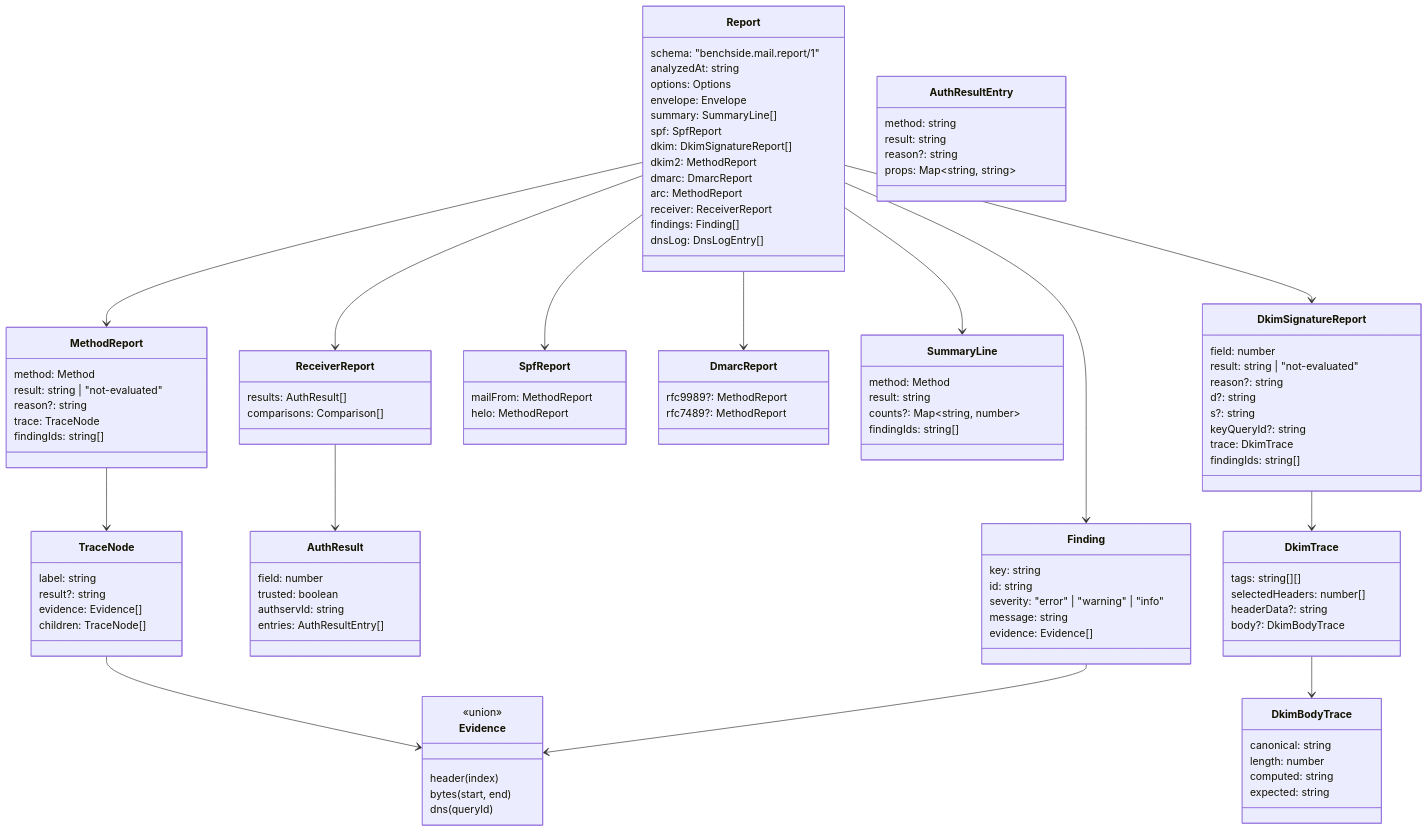
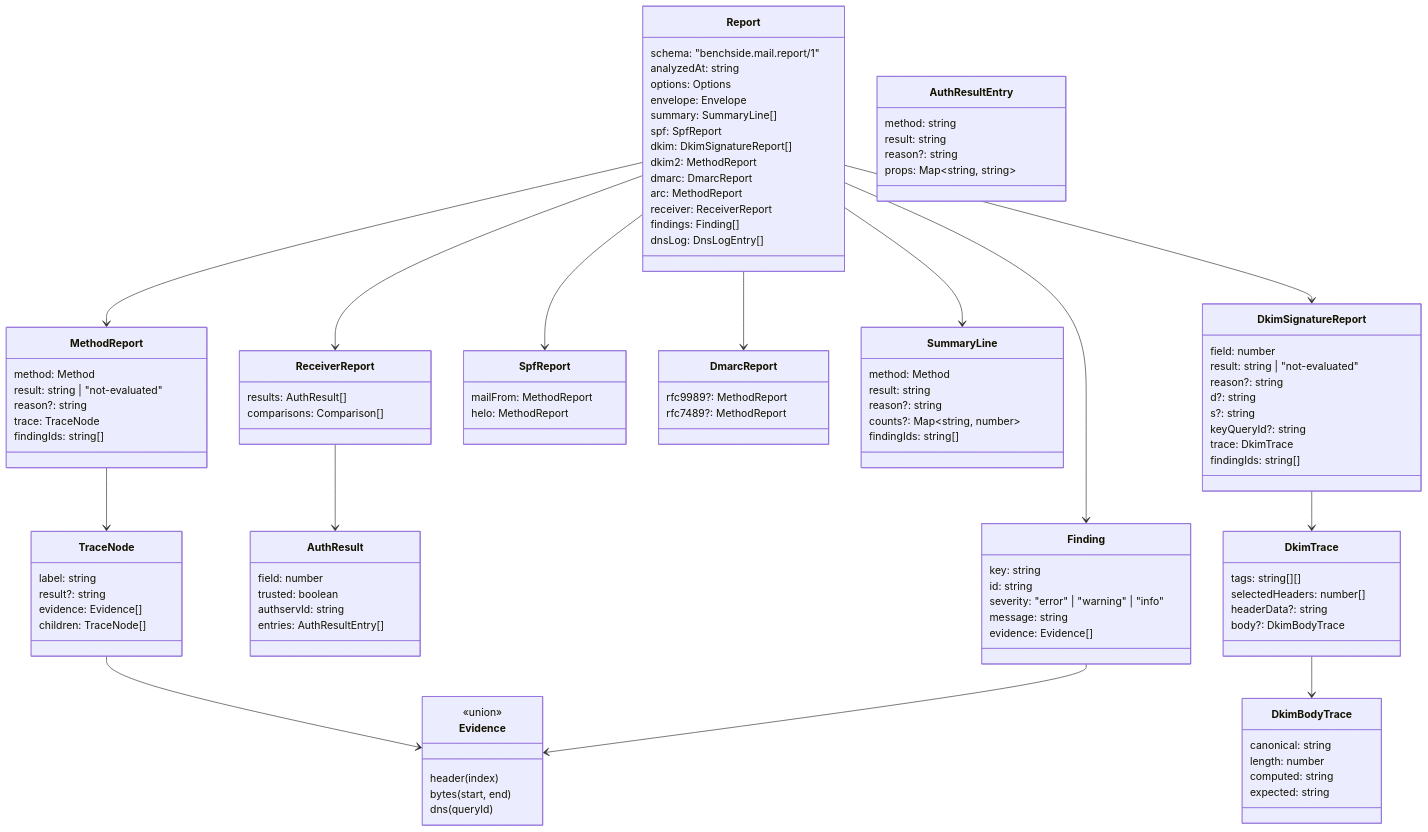
Before and after one commit to photom/benchside: the diagram in docs/reference/mail/report.md, drawn with Mermaid. The commit also changed other lines of this file and 6 other files, not shown here.

```diff
--- a/docs/reference/mail/report.md
+++ b/docs/reference/mail/report.md
@@ -61,6 +61,7 @@
   class SummaryLine {
     method: Method
     result: string
+    reason?: string
     counts?: Map~string, number~
     findingIds: string[]
   }
```
